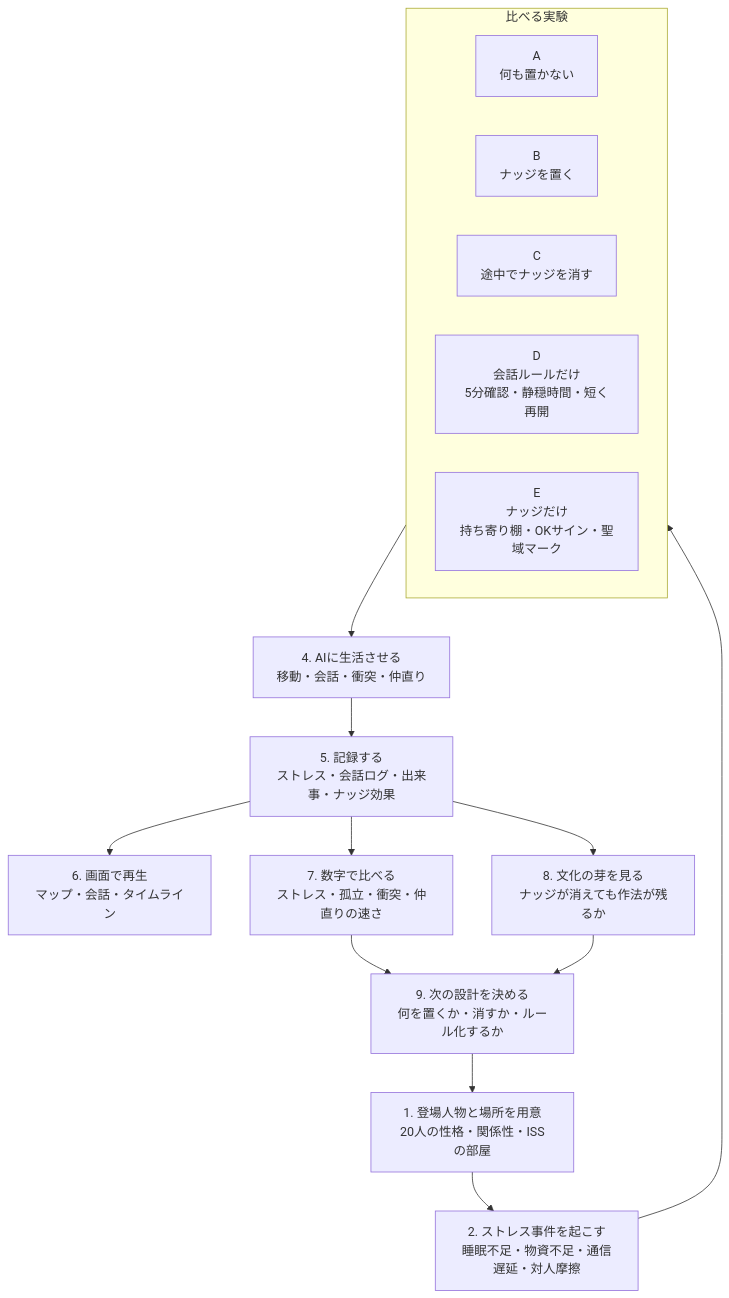
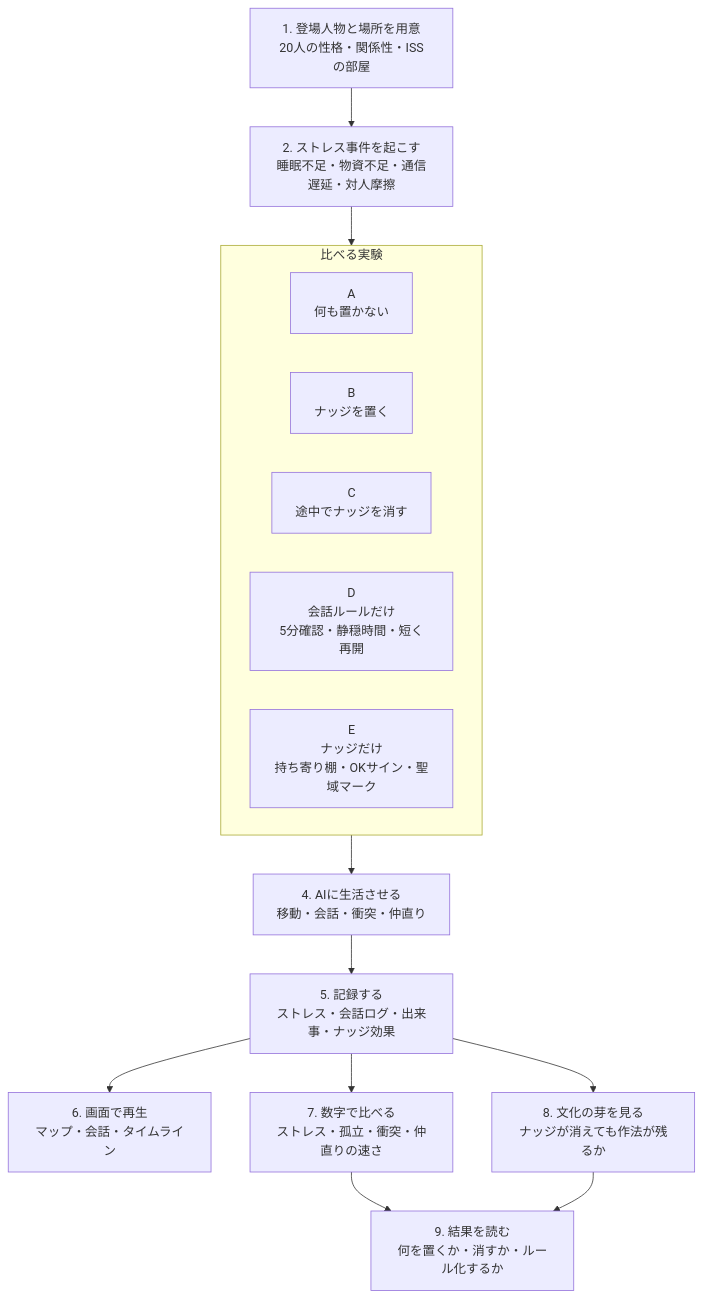
The diagram in README.md (karesansui-u/hackathon-singulab-inu), drawn with Mermaid before and after one commit. The commit also changed other lines of this file, not shown here.

````diff
--- a/README.md
+++ b/README.md
@@ -13,23 +45,22 @@
 ```mermaid
 flowchart TD
   I[1. 登場人物と場所を用意<br/>20人の性格・関係性・ISSの部屋] --> T[2. ストレス事件を起こす<br/>睡眠不足・物資不足・通信遅延・対人摩擦]
   T --> M[3. 条件を変えて比べる]
 
   subgraph M[比べる実験]
     A[A<br/>何も置かない]
     B[B<br/>ナッジを置く]
     C[C<br/>途中でナッジを消す]
     D[D<br/>会話ルールだけ<br/>5分確認・静穏時間・短く再開]
     E[E<br/>ナッジだけ<br/>持ち寄り棚・OKサイン・聖域マーク]
   end
 
   M --> S[4. AIに生活させる<br/>移動・会話・衝突・仲直り]
   S --> R[5. 記録する<br/>ストレス・会話ログ・出来事・ナッジ効果]
   R --> V[6. 画面で再生<br/>マップ・会話・タイムライン]
   R --> K[7. 数字で比べる<br/>ストレス・孤立・衝突・仲直りの速さ]
   R --> X[8. 文化の芽を見る<br/>ナッジが消えても作法が残るか]
 
-  K --> P[9. 次の設計を決める<br/>何を置くか・消すか・ルール化するか]
+  K --> P[9. 結果を読む<br/>何を置くか・消すか・ルール化するか]
   X --> P
-  P --> I
 ```
````
